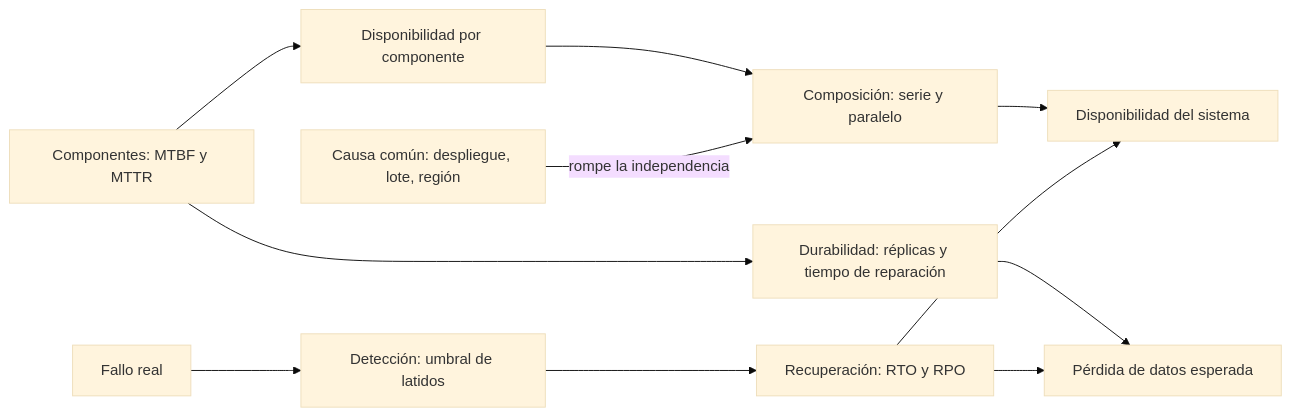
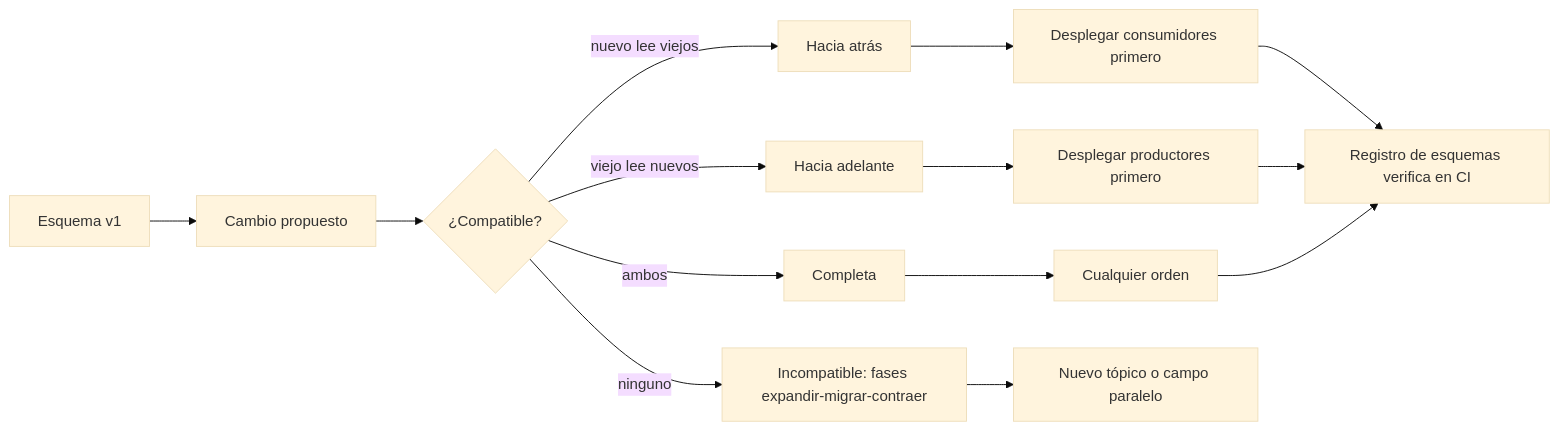
One commit to vladimiracunadev-create/modern-software-engineering-program changed the diagram in content/part-31/SE-380.md. Above: the diagram before and after it, drawn with Mermaid (base theme). The commit also changed other lines of this file and 5193 other files, not shown here.

````diff
--- a/content/part-31/SE-380.md
+++ b/content/part-31/SE-380.md
@@ -55,13 +55,16 @@
 ```mermaid
 flowchart LR
-    A[Componentes: MTBF y MTTR] --> B[Disponibilidad por componente]
-    B --> C[Composición: serie y paralelo]
-    C --> D[Disponibilidad del sistema]
-    E[Causa común: despliegue, lote, región] -->|rompe la independencia| C
-    A --> F[Durabilidad: réplicas y tiempo de reparación]
-    F --> G[Pérdida de datos esperada]
-    H[Fallo real] --> I[Detección: umbral de latidos]
-    I --> J[Recuperación: RTO y RPO]
-    J --> D
-    J --> G
+    A[Esquema v1] --> B[Cambio propuesto]
+    B --> C{¿Compatible?}
+    C -->|nuevo lee viejos| D[Hacia atrás]
+    C -->|viejo lee nuevos| E[Hacia adelante]
+    C -->|ambos| F[Completa]
+    C -->|ninguno| G[Incompatible: fases expandir-migrar-contraer]
+    D --> H[Desplegar consumidores primero]
+    E --> I[Desplegar productores primero]
+    F --> J[Cualquier orden]
+    G --> K[Nuevo tópico o campo paralelo]
+    H --> L[Registro de esquemas verifica en CI]
+    I --> L
+    J --> L
 ```
````
